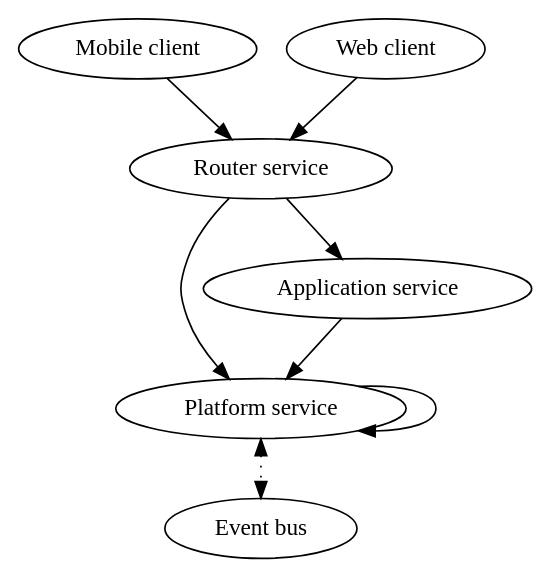
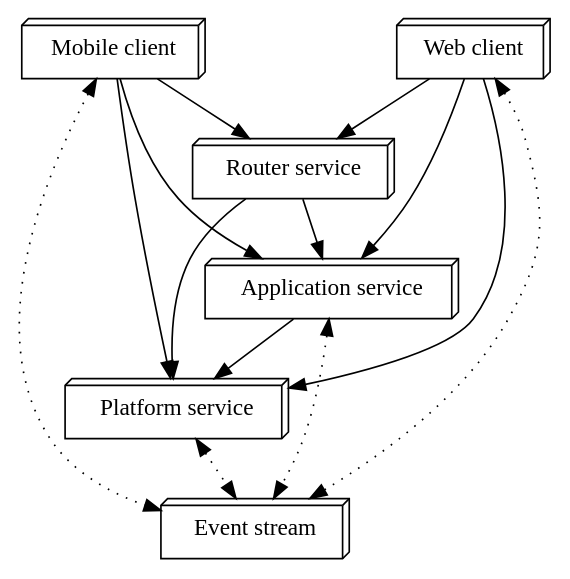
The diagram in docs/graphviz/system-component-types.dot (nicheware/clj-guidelines), drawn with Graphviz before and after one commit. The commit also changed 23 other files, not shown here.

First line of the commit message:
[#160839227] - Initial diagrams and README.md

```diff
--- a/docs/graphviz/system-component-types.dot
+++ b/docs/graphviz/system-component-types.dot
@@ -1,23 +1,29 @@
 digraph X {
   rankdir="TB";
-  //node[style=filled]
+  node[shape=box3d]
 
-  node_mobile[label="Mobile client"]
-  node_web[label="Web client"]
-  node_platform[label="Platform service"]
-  node_router[label="Router service"]
-  node_app[label="Application service"]
-  node_event_bus[label="Event bus"]
+  mobile[label="Mobile client"]
+  web[label="Web client"]
+  platform[label="Platform service"]
+  router[label="Router service"]
+  app[label="Application service"]
+  event_stream[label="Event stream"]
 
-  subgraph bidir_event_bus_edges {
+  subgraph bidir_event_stream_edges {
     edge [style=dotted,dir=both]
-    node_platform -> node_event_bus
+    platform -> event_stream
+    app -> event_stream
+    web -> event_stream
+    mobile -> event_stream
   }
 
-  node_mobile -> node_router
-  node_web -> node_router
-  node_router -> node_app
-  node_router -> node_platform
-  node_app -> node_platform
-  node_platform -> node_platform
+  mobile -> router
+  mobile -> app
+  mobile -> platform
+  web -> router
+  web -> app
+  web -> platform
+  router -> app
+  router -> platform
+  app -> platform
 }
```
